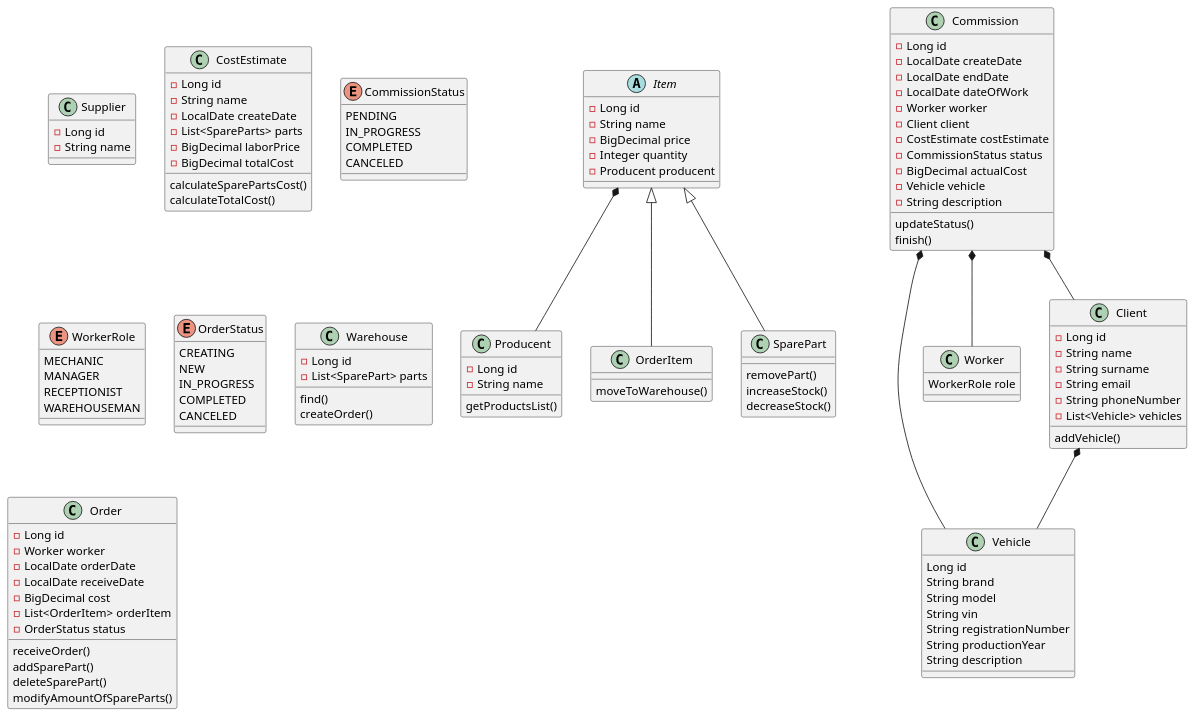
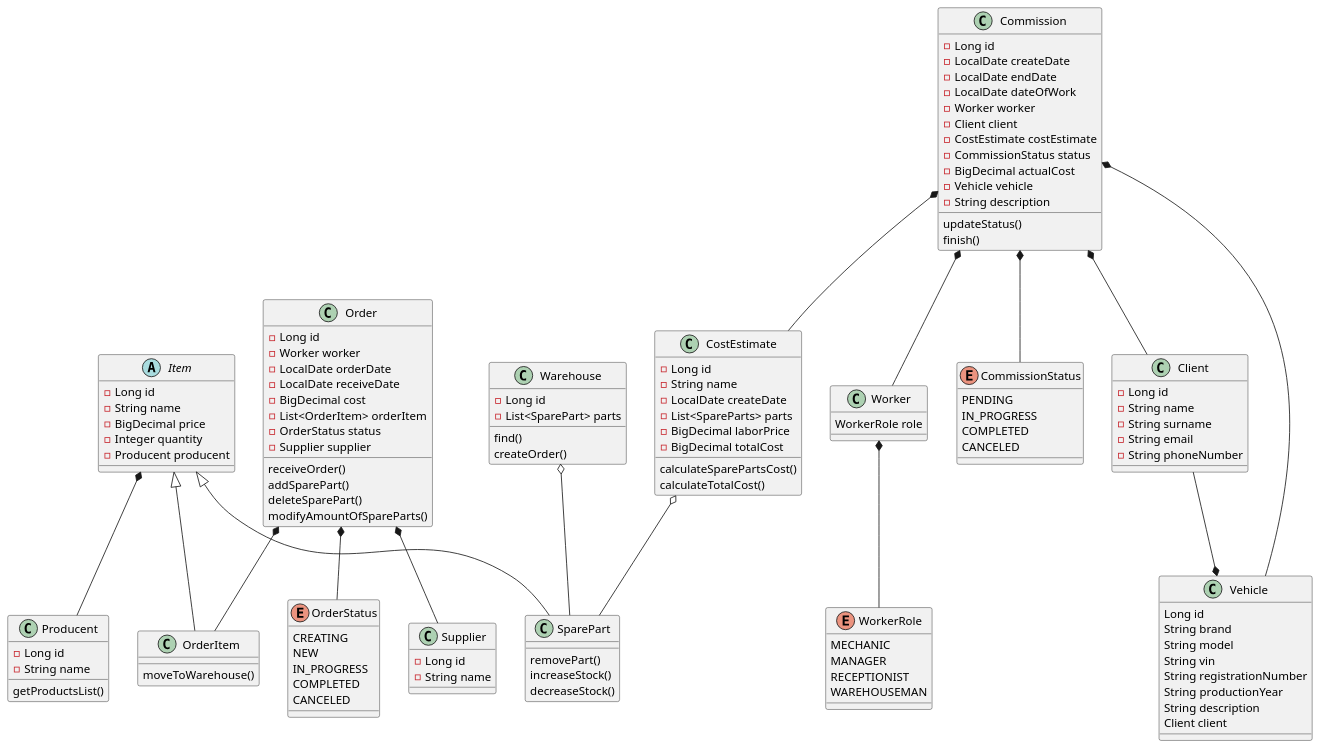
One commit to WojciechGos/Car-Service changed the diagram in src/main/java/com/carservice/CarService/main.puml. Above: the diagram before and after it, drawn with PlantUML.

Commit message:
add: relations between classes

```diff
--- a/src/main/java/com/carservice/CarService/main.puml
+++ b/src/main/java/com/carservice/CarService/main.puml
@@ -1,173 +1,186 @@
 @startuml
 'https://plantuml.com/class-diagram
 
 
 class Producent {
     - Long id
     - String name
 
     getProductsList()
 }
 
 class Supplier {
     - Long id
     - String name
 }
 
 
 
 class CostEstimate {
     - Long id
     - String name
     - LocalDate createDate
     - List<SpareParts> parts
     - BigDecimal laborPrice
     - BigDecimal totalCost
 
     calculateSparePartsCost()
     calculateTotalCost()
 }
 
 
 enum CommissionStatus{
     PENDING
     IN_PROGRESS
     COMPLETED
     CANCELED
 }
 
 class Commission {
     - Long id
     - LocalDate createDate
     - LocalDate endDate
     'pokrywa sie z podnosnikami
     - LocalDate dateOfWork
     - Worker worker
     - Client client
     - CostEstimate costEstimate
     - CommissionStatus status
     - BigDecimal actualCost
     - Vehicle vehicle
     - String description
 
     updateStatus()
     finish()
 }
 
 class Vehicle {
     Long id
     String brand
     String model
     String vin
     String registrationNumber
     String productionYear
     String description
+    Client client
 }
 
 
 enum WorkerRole {
     MECHANIC
     MANAGER
     RECEPTIONIST
     WAREHOUSEMAN
 }
 
 class Worker {
     WorkerRole role
 }
 
 enum OrderStatus {
     CREATING
     NEW
     IN_PROGRESS
     COMPLETED
     CANCELED
 }
 
 'Our warehouse
 class Warehouse {
     - Long id
     - List<SparePart> parts
 
     find()
     createOrder()
 }
 
 abstract class Item {
     - Long id
     - String name
     - BigDecimal price
     - Integer quantity
     - Producent producent
 }
 'Spare part that is not in warehouse
 class OrderItem extends Item {
     moveToWarehouse()
 }
 'Spare part that is actually in warehouse
 class SparePart extends Item {
     removePart()
     increaseStock()
     decreaseStock()
 }
 
 class Order {
     - Long id
     - Worker worker
     - LocalDate orderDate
     - LocalDate receiveDate
     - BigDecimal cost
     - List<OrderItem> orderItem
     - OrderStatus status
+    - Supplier supplier
 
     'For warehouseman to set status COMPLETED
     receiveOrder()
     addSparePart()
     deleteSparePart()
     modifyAmountOfSpareParts()
 }
 
 
 
 class Client {
     - Long id
     - String name
     - String surname
     - String email
     - String phoneNumber
-    - List<Vehicle> vehicles
 
-    addVehicle()
 }
 
 
 
 
 Item *-- Producent
 
 Commission *-- Client
 Commission *-- Worker
 Commission *-- Vehicle
+Commission *-- CostEstimate
+Commission *-- CommissionStatus
 
-Client *-- Vehicle
+Client --* Vehicle
+
+CostEstimate o-- SparePart
+
+Order *-- OrderItem
+Order *-- OrderStatus
+Order *-- Supplier
+
+Worker *-- WorkerRole
+
+
+Warehouse o-- SparePart
 
 'abstract class AbstractList
 'abstract AbstractCollection
 'interface List
 'interface Collection
 '
 '
 '
 'List <|-- AbstractList
 'Collection <|-- AbstractCollection
 '
 'Collection <|- List
 'AbstractCollection <|- AbstractList
 'AbstractList <|-- ArrayList
 '
 'class ArrayList {
 'Object[] elementData
 'size()
 '}
 
 @enduml
```
